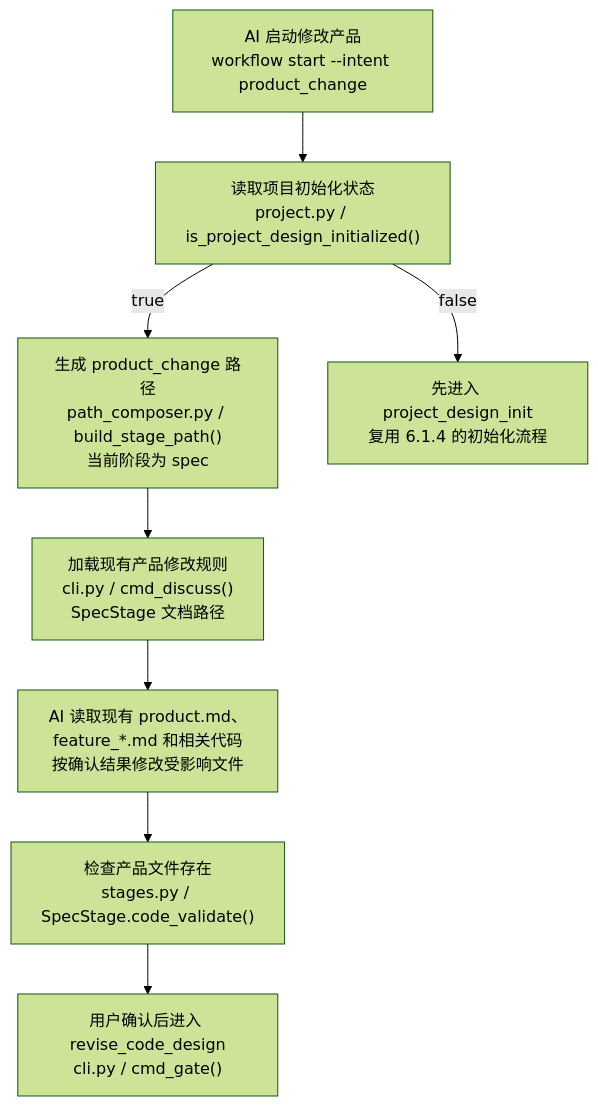
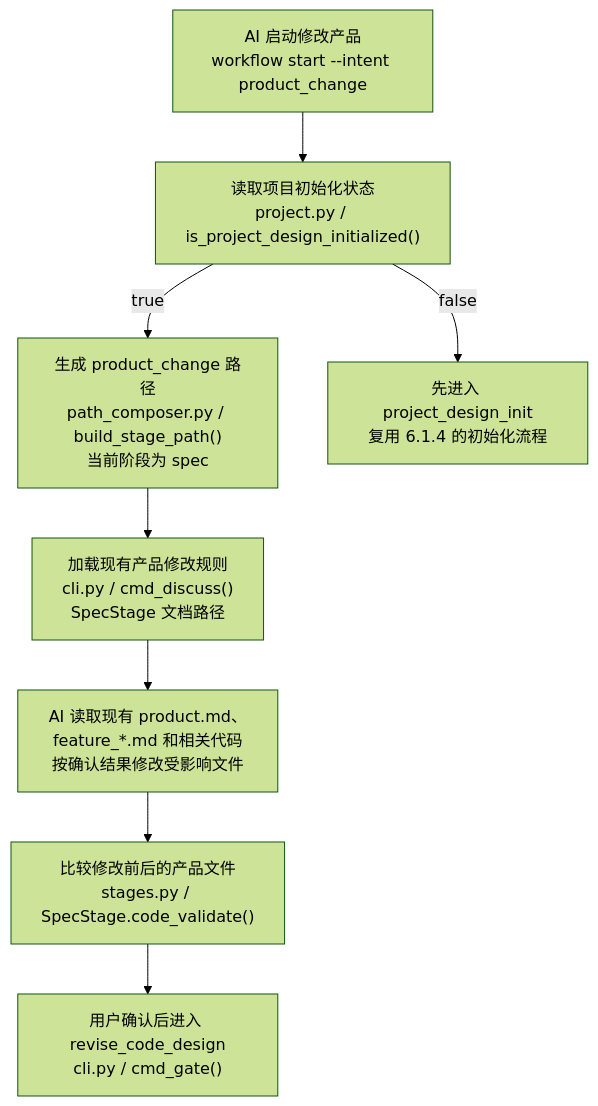
The third of 6 diagrams in spec/architecture_code_design.md (yuzyf/workflow_loop), drawn with Mermaid (forest theme) before and after one commit. The commit also changed other lines of this file and 60 other files, not shown here.

````diff
--- a/spec/architecture_code_design.md
+++ b/spec/architecture_code_design.md
@@ -284,10 +301,10 @@
 ```mermaid
 flowchart TD
     A["AI 启动修改产品<br/>workflow start --intent product_change"] --> B["读取项目初始化状态<br/>project.py / is_project_design_initialized()"]
     B -->|true| C["生成 product_change 路径<br/>path_composer.py / build_stage_path()<br/>当前阶段为 spec"]
     B -->|false| D["先进入 project_design_init<br/>复用 6.1.4 的初始化流程"]
     C --> E["加载现有产品修改规则<br/>cli.py / cmd_discuss()<br/>SpecStage 文档路径"]
     E --> F["AI 读取现有 product.md、feature_*.md 和相关代码<br/>按确认结果修改受影响文件"]
-    F --> G["检查产品文件存在<br/>stages.py / SpecStage.code_validate()"]
+    F --> G["比较修改前后的产品文件<br/>stages.py / SpecStage.code_validate()"]
     G --> H["用户确认后进入 revise_code_design<br/>cli.py / cmd_gate()"]
 ```
````
